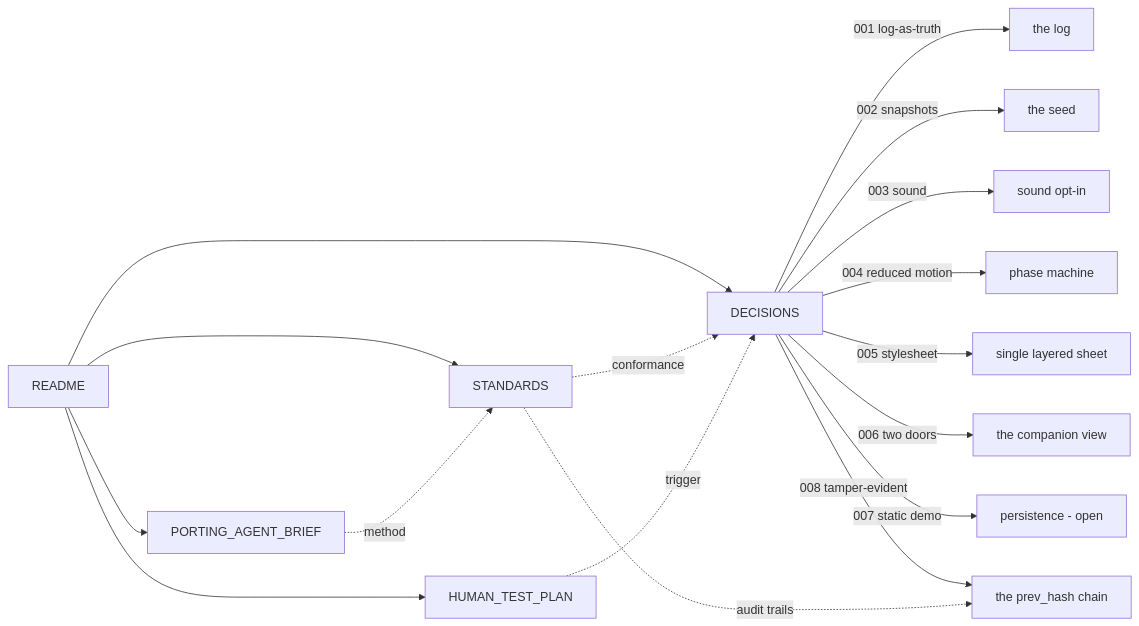
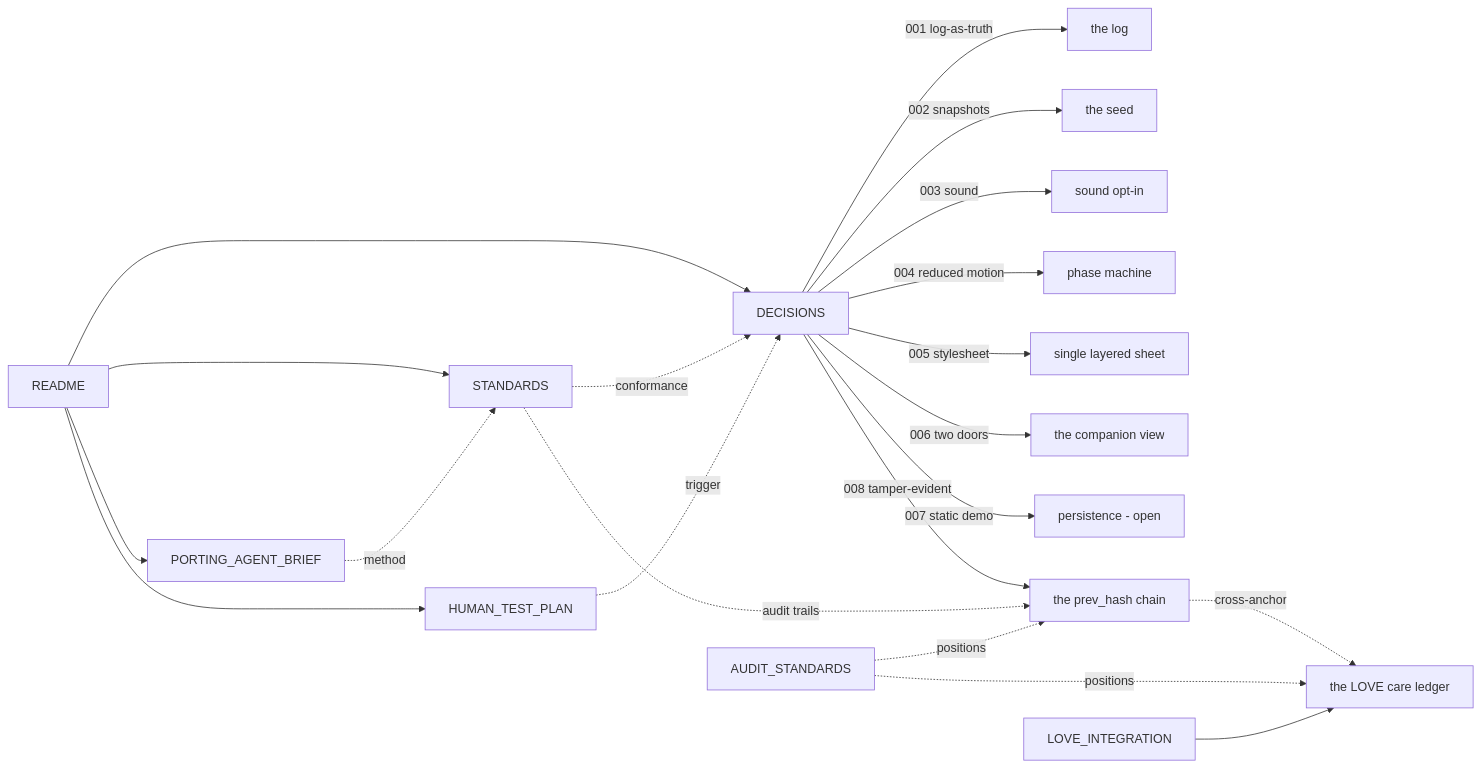
One commit to p31labs/P31-local-workspace changed the diagram in apps/loom/docs/MAP.md. Above: the diagram before and after it, drawn with Mermaid. The commit also changed other lines of this file and 6 other files, not shown here.

First line of the commit message:
docs(loom): audit-standards spec + LOVE integration bridge

````diff
--- a/apps/loom/docs/MAP.md
+++ b/apps/loom/docs/MAP.md
@@ -20,21 +22,25 @@
 ```mermaid
 graph LR
   README[README] --> STANDARDS
   README --> DECISIONS
   README --> HUMAN_TEST_PLAN
   README --> PORTING_AGENT_BRIEF
 
   STANDARDS -.conformance.-> DECISIONS
   HUMAN_TEST_PLAN -.trigger.-> DECISIONS
   PORTING_AGENT_BRIEF -.method.-> STANDARDS
 
   DECISIONS --> |"001 log-as-truth"| LOG[the log]
   DECISIONS --> |"002 snapshots"| SEED[the seed]
   DECISIONS --> |"003 sound"| SOUND[sound opt-in]
   DECISIONS --> |"004 reduced motion"| MOTION[phase machine]
   DECISIONS --> |"005 stylesheet"| CSS[single layered sheet]
   DECISIONS --> |"006 two doors"| COMPANION[the companion view]
   DECISIONS --> |"007 static demo"| PERSIST[persistence - open]
   DECISIONS --> |"008 tamper-evident"| CHAIN[the prev_hash chain]
   STANDARDS -.audit trails.-> CHAIN
+  CHAIN -.cross-anchor.-> LOVE[the LOVE care ledger]
+  AUDIT[AUDIT_STANDARDS] -.positions.-> CHAIN
+  AUDIT -.positions.-> LOVE
+  LOVE_INTEGRATION[LOVE_INTEGRATION] --> LOVE
 ```
````
